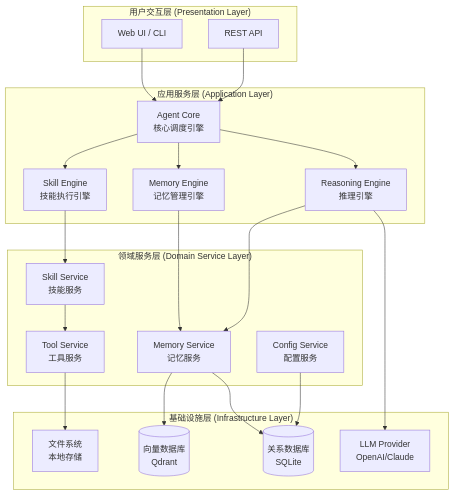
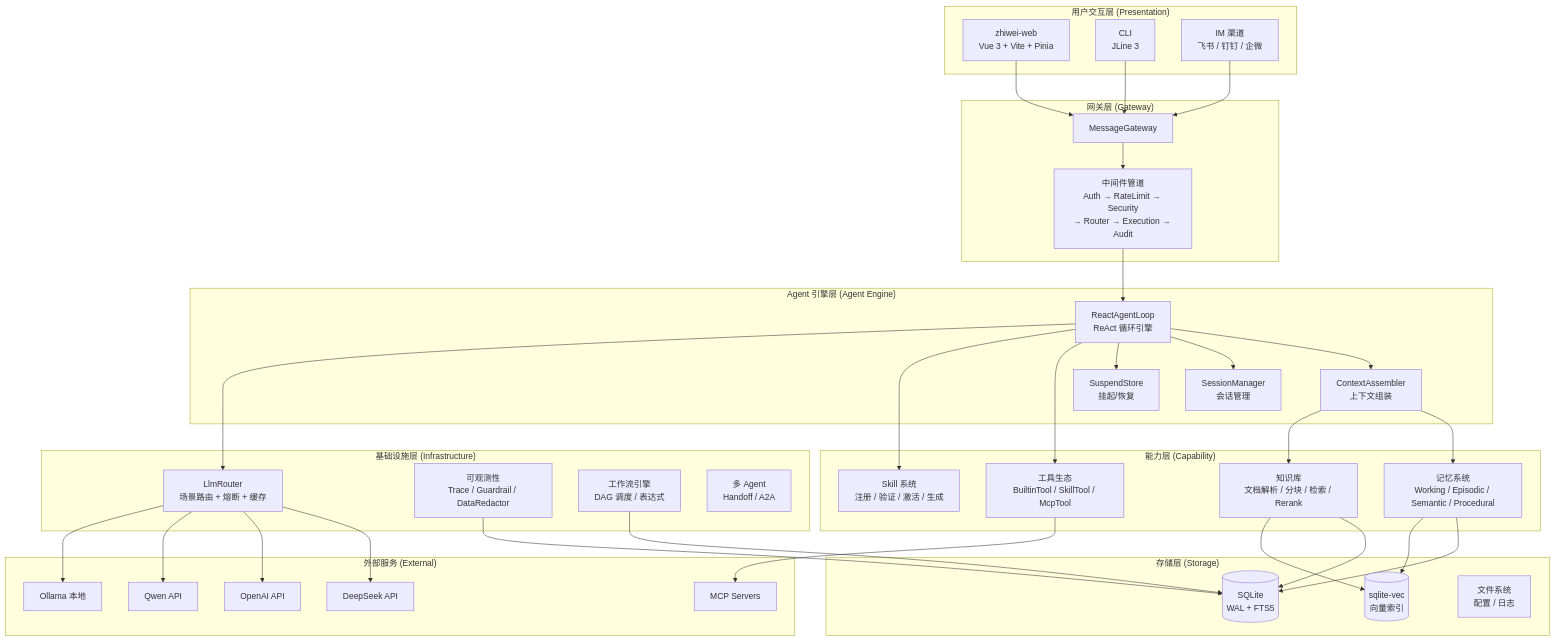
One commit to ntygod/LifePilot changed the first of 35 diagrams in ARCHITECTURE-DIAGRAMS.md. Above: the diagram before and after it, drawn with Mermaid. The commit also changed other lines of this file and 2 other files, not shown here.

````diff
--- a/ARCHITECTURE-DIAGRAMS.md
+++ b/ARCHITECTURE-DIAGRAMS.md
@@ -33,46 +33,77 @@
 ```mermaid
 graph TB
-    subgraph "用户交互层 (Presentation Layer)"
-        UI[Web UI / CLI]
-        API[REST API]
+    subgraph "用户交互层 (Presentation)"
+        WebUI[zhiwei-web<br/>Vue 3 + Vite + Pinia]
+        CLI[CLI<br/>JLine 3]
+        IM[IM 渠道<br/>飞书 / 钉钉 / 企微]
     end
 
-    subgraph "应用服务层 (Application Layer)"
-        AgentCore[Agent Core<br/>核心调度引擎]
-        SkillEngine[Skill Engine<br/>技能执行引擎]
-        MemoryEngine[Memory Engine<br/>记忆管理引擎]
-        ReasoningEngine[Reasoning Engine<br/>推理引擎]
+    subgraph "网关层 (Gateway)"
+        Gateway[MessageGateway]
+        Middleware[中间件管道<br/>Auth → RateLimit → Security<br/>→ Router → Execution → Audit]
     end
 
-    subgraph "领域服务层 (Domain Service Layer)"
-        MemoryService[Memory Service<br/>记忆服务]
-        SkillService[Skill Service<br/>技能服务]
-        ToolService[Tool Service<br/>工具服务]
-        ConfigService[Config Service<br/>配置服务]
+    subgraph "Agent 引擎层 (Agent Engine)"
+        ReactLoop[ReactAgentLoop<br/>ReAct 循环引擎]
+        CtxAssembler[ContextAssembler<br/>上下文组装]
+        SessionMgr[SessionManager<br/>会话管理]
+        Suspend[SuspendStore<br/>挂起/恢复]
     end
 
-    subgraph "基础设施层 (Infrastructure Layer)"
-        VectorDB[(向量数据库<br/>Qdrant)]
-        RelationalDB[(关系数据库<br/>SQLite)]
-        FileSystem[文件系统<br/>本地存储]
-        LLMProvider[LLM Provider<br/>OpenAI/Claude]
+    subgraph "能力层 (Capability)"
+        SkillSystem[Skill 系统<br/>注册 / 验证 / 激活 / 生成]
+        ToolEco[工具生态<br/>BuiltinTool / SkillTool / McpTool]
+        MemorySystem[记忆系统<br/>Working / Episodic / Semantic / Procedural]
+        KnowledgeBase[知识库<br/>文档解析 / 分块 / 检索 / Rerank]
     end
 
-    UI --> AgentCore
-    API --> AgentCore
-    AgentCore --> SkillEngine
-    AgentCore --> MemoryEngine
-    AgentCore --> ReasoningEngine
-    
-    SkillEngine --> SkillService
-    MemoryEngine --> MemoryService
-    ReasoningEngine --> MemoryService
-    
-    SkillService --> ToolService
-    MemoryService --> VectorDB
-    MemoryService --> RelationalDB
-    ConfigService --> RelationalDB
-    
-    ReasoningEngine --> LLMProvider
-    ToolService --> FileSystem
+    subgraph "基础设施层 (Infrastructure)"
+        LlmRouter[LlmRouter<br/>场景路由 + 熔断 + 缓存]
+        Observability[可观测性<br/>Trace / Guardrail / DataRedactor]
+        Workflow[工作流引擎<br/>DAG 调度 / 表达式]
+        MultiAgent[多 Agent<br/>Handoff / A2A]
+    end
+
+    subgraph "存储层 (Storage)"
+        SQLite[(SQLite<br/>WAL + FTS5)]
+        SqliteVec[(sqlite-vec<br/>向量索引)]
+        FileStore[文件系统<br/>配置 / 日志]
+    end
+
+    subgraph "外部服务 (External)"
+        DeepSeek[DeepSeek API]
+        OpenAI[OpenAI API]
+        Qwen[Qwen API]
+        Ollama[Ollama 本地]
+        McpServers[MCP Servers]
+    end
+
+    WebUI --> Gateway
+    CLI --> Gateway
+    IM --> Gateway
+    Gateway --> Middleware
+    Middleware --> ReactLoop
+
+    ReactLoop --> CtxAssembler
+    ReactLoop --> SessionMgr
+    ReactLoop --> Suspend
+    CtxAssembler --> MemorySystem
+    CtxAssembler --> KnowledgeBase
+
+    ReactLoop --> ToolEco
+    ReactLoop --> SkillSystem
+    ReactLoop --> LlmRouter
+
+    ToolEco --> McpServers
+    LlmRouter --> DeepSeek
+    LlmRouter --> OpenAI
+    LlmRouter --> Qwen
+    LlmRouter --> Ollama
+
+    MemorySystem --> SQLite
+    MemorySystem --> SqliteVec
+    KnowledgeBase --> SQLite
+    KnowledgeBase --> SqliteVec
+    Observability --> SQLite
+    Workflow --> SQLite
 ```
````
